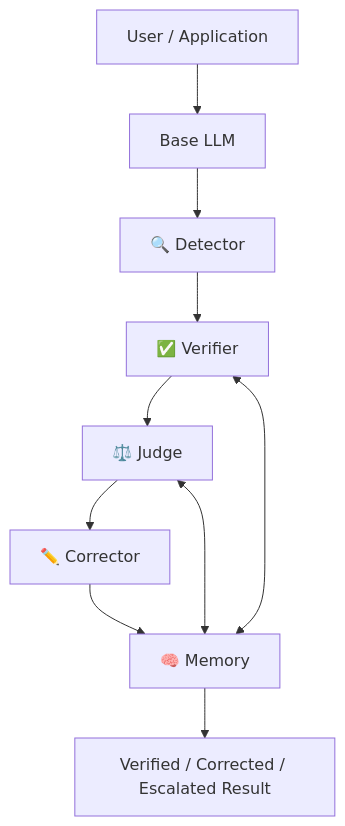
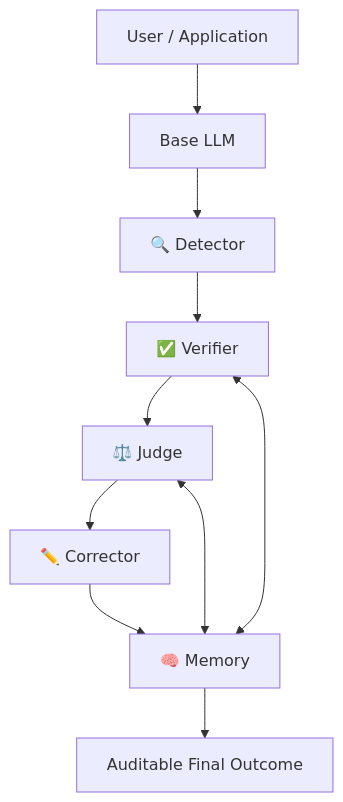
One commit to Manju10092006/HalluciGuard changed the second of 3 diagrams in README.md. Above: the diagram before and after it, drawn with Mermaid. The commit also changed other lines of this file, not shown here.

````diff
--- a/README.md
+++ b/README.md
@@ -109,12 +154,12 @@
 ```mermaid
 flowchart TD
     U[User / Application] --> L[Base LLM]
     L --> D[🔍 Detector]
     D --> V[✅ Verifier]
     V --> J[⚖️ Judge]
     J --> C[✏️ Corrector]
     C --> M[🧠 Memory]
     V <--> M
     J <--> M
-    M --> O[Verified / Corrected / Escalated Result]
+    M --> O[Auditable Final Outcome]
 ```
````
